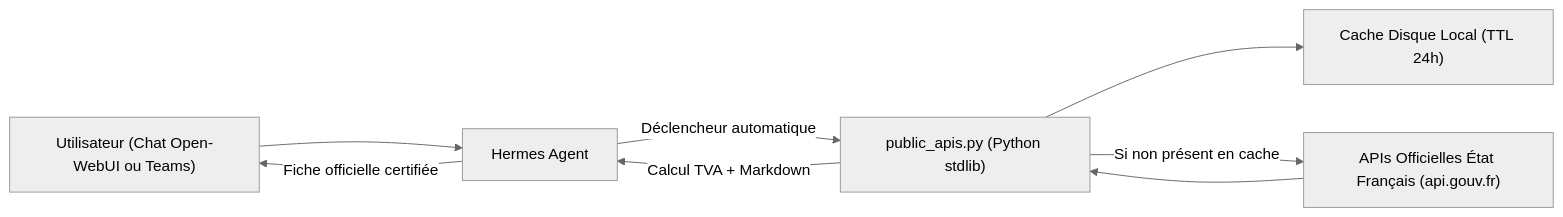
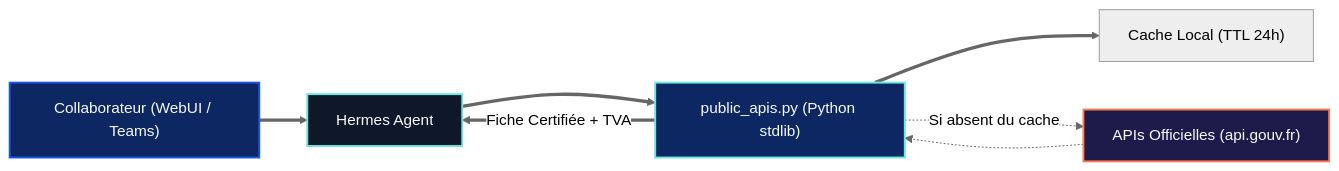
The diagram in skills/public-apis/README.md (nicolastheuil/ArcIA), drawn with Mermaid (neutral theme) before and after one commit. The commit also changed other lines of this file and 24 other files, not shown here.

Commit message:
feat(v0.4): add zero-downtime update center & homepage presentation in wizard, simplify root macro-architecture diagram, and polish all 22 READMEs

````diff
--- a/skills/public-apis/README.md
+++ b/skills/public-apis/README.md
@@ -28,10 +21,14 @@
 ```mermaid
 flowchart LR
-    User["Utilisateur (Chat Open-WebUI ou Teams)"] --> Hermes["Hermes Agent"]
-    Hermes -->|Déclencheur automatique| Script["public_apis.py (Python stdlib)"]
-    Script --> Cache["Cache Disque Local (TTL 24h)"]
-    Script -->|Si non présent en cache| API["APIs Officielles État Français (api.gouv.fr)"]
-    API --> Script
-    Script -->|Calcul TVA + Markdown| Hermes
-    Hermes -->|Fiche officielle certifiée| User
+    User["Collaborateur (WebUI / Teams)"] ==> Hermes["Hermes Agent"]
+    Hermes ==> Script["public_apis.py (Python stdlib)"]
+    Script ==> Cache["Cache Local (TTL 24h)"]
+    Script -.->|"Si absent du cache"| Gouv["APIs Officielles (api.gouv.fr)"]
+    Gouv -.-> Script
+    Script ==>|"Fiche Certifiée + TVA"| Hermes
+
+    style User fill:#0C2762,stroke:#1659E4,stroke-width:2px,color:#F8FAFC
+    style Hermes fill:#0F172A,stroke:#6BE7DD,stroke-width:2px,color:#F8FAFC
+    style Script fill:#0C2762,stroke:#6BE7DD,stroke-width:2px,color:#F8FAFC
+    style Gouv fill:#1E1B4B,stroke:#FA7B4E,stroke-width:2px,color:#F8FAFC
 ```
````
